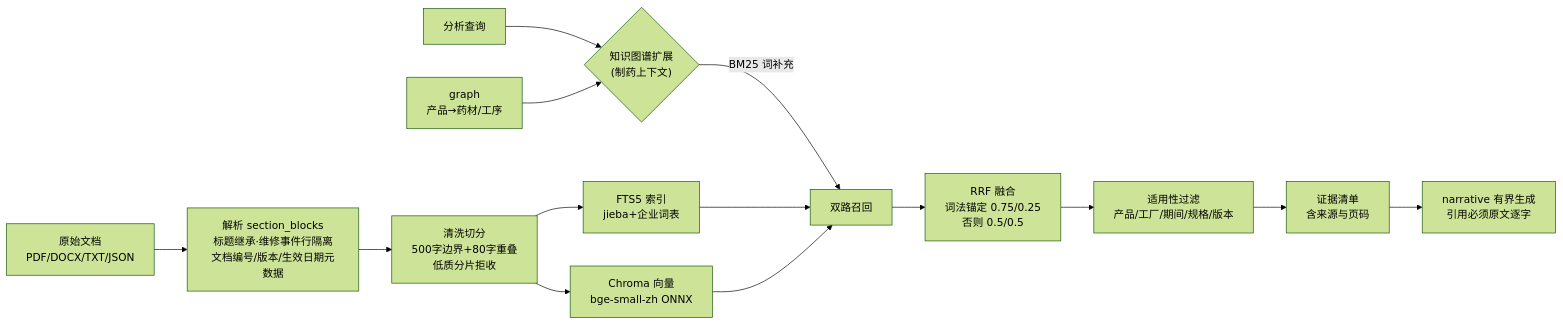
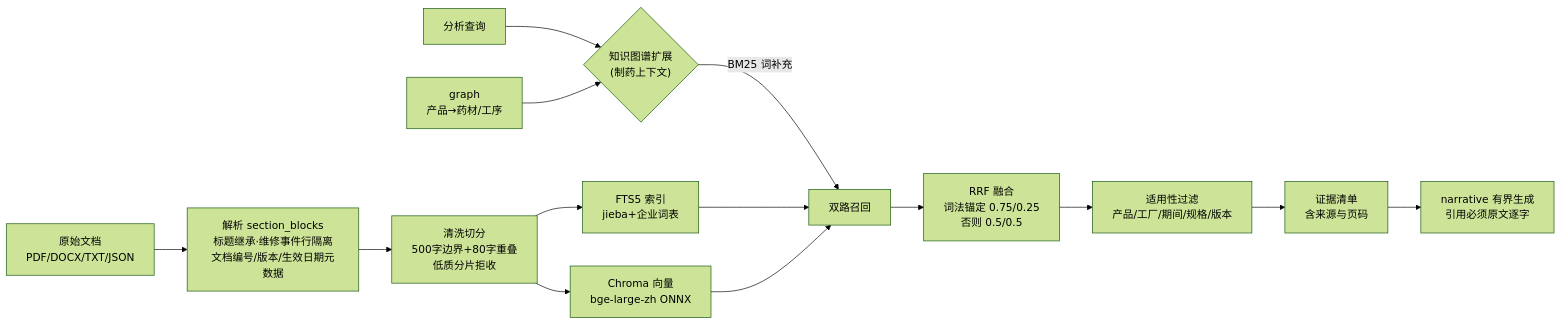
Before and after one commit to Lihuaaaa-F/yaoheng-zhixi: the second of 5 diagrams in 药衡智析_增量源码交接/public_source_candidate/docs/architecture.md, drawn with Mermaid (forest theme). The commit also changed other lines of this file and 4 other files, not shown here.

Commit message:
feat(rag): 本地向量模型升级 bge-small→bge-large-zh-v1.5（1024维，钉定revision+哈希核验）；fetch目录改为manifest派生防失同步；新旧模型A/B检索对比与全量回归314+1绿

````diff
--- a/药衡智析_增量源码交接/public_source_candidate/docs/architecture.md
+++ b/药衡智析_增量源码交接/public_source_candidate/docs/architecture.md
@@ -57,16 +57,16 @@
 ```mermaid
 flowchart LR
     A["原始文档<br/>PDF/DOCX/TXT/JSON"] --> B["解析 section_blocks<br/>标题继承·维修事件行隔离<br/>文档编号/版本/生效日期元数据"]
     B --> C["清洗切分<br/>500字边界+80字重叠<br/>低质分片拒收"]
     C --> D1["FTS5 索引<br/>jieba+企业词表"]
-    C --> D2["Chroma 向量<br/>bge-small-zh ONNX"]
+    C --> D2["Chroma 向量<br/>bge-large-zh ONNX"]
     Q["分析查询"] --> E{"知识图谱扩展<br/>(制药上下文)"}
     G["graph<br/>产品→药材/工序"] --> E
     E -->|"BM25 词补充"| F["双路召回"]
     D1 --> F
     D2 --> F
     F --> G2["RRF 融合<br/>词法锚定 0.75/0.25<br/>否则 0.5/0.5"]
     G2 --> H["适用性过滤<br/>产品/工厂/期间/规格/版本"]
     H --> I["证据清单<br/>含来源与页码"]
     I --> J["narrative 有界生成<br/>引用必须原文逐字"]
 ```
````
